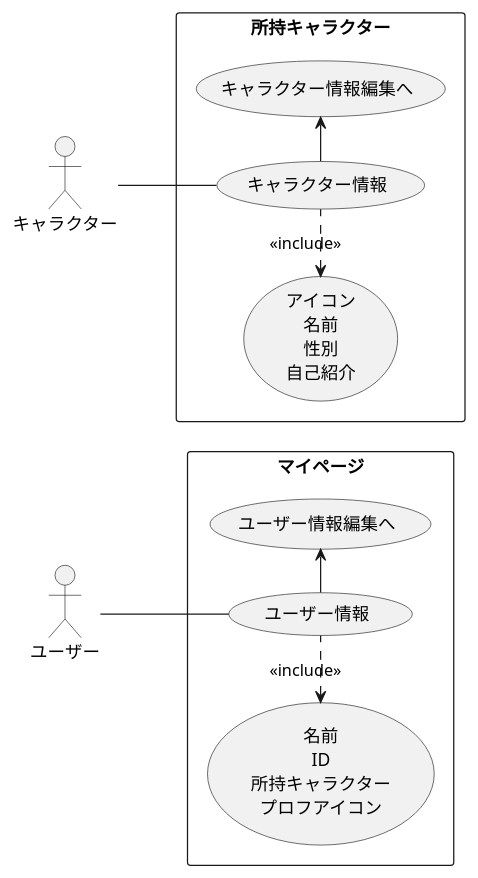
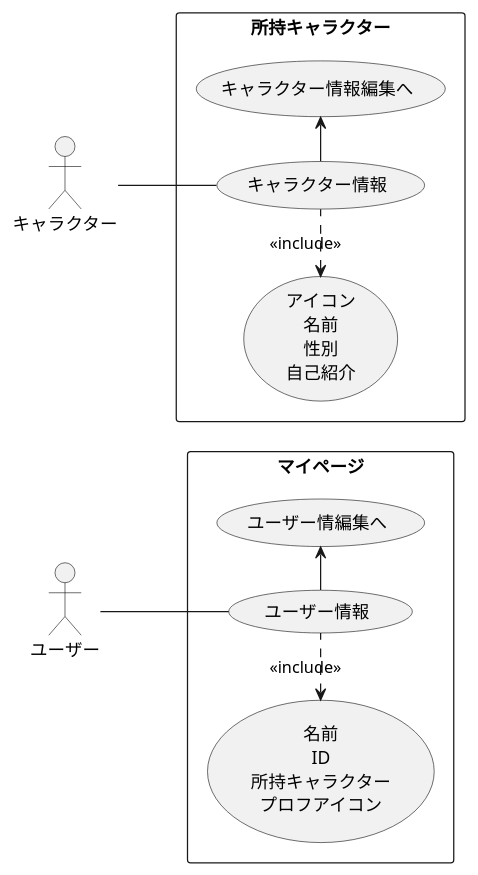
One commit to garchomp-game/gw-project-uml changed the diagram in my-page.pu. Above: the diagram before and after it, drawn with PlantUML. The commit also changed 5 other files, not shown here.

Commit message:
[add] add uml file

```diff
--- a/my-page.pu
+++ b/my-page.pu
@@ -1,57 +1,57 @@
 @startuml
 
 left to right direction
 skinparam packageStyle rectangle
 actor ユーザー as user
 actor キャラクター as caractor
 
 rectangle マイページ {
     '定義
     usecase mypage_list as "
     名前
     ID
     所持キャラクター
     プロフアイコン
     "
     (ユーザー情報) as user_info
     'ユースケース
     user -- user_info
     'down
     user_info .left.> mypage_list :<<include>>
     'up
-    user_info -right-> (ユーザー情報編集へ)
+    user_info -right-> (ユーザー情編集へ)
 
 }
 rectangle 所持キャラクター {
     '定義
     usecase caractor_show as "
     アイコン
     名前
     性別
     自己紹介
     "
     (キャラクター情報) as caractor_info
     'ユースケース
     caractor -- caractor_info
     'down
     caractor_info .left.> caractor_show :<<include>>
     'up
     caractor_info -right-> (キャラクター情報編集へ)
 }
 
 'class User {
 '  - String name
 '  - Integer id
 '  - ArrayList caractor_list
 '  - String icon_filepath
 '  + get_mypage()
 '}
 
 'class Caractor {
 '   - String icofilepath
 '   - String name
 '   - Integer sex
 '   - String description
 '   + get_caractor()
 '}
 @enduml
```
